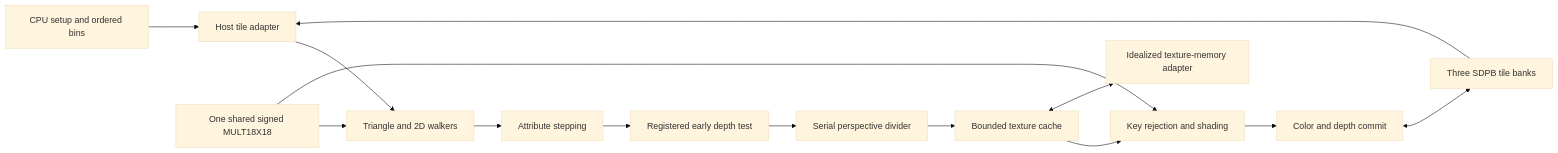
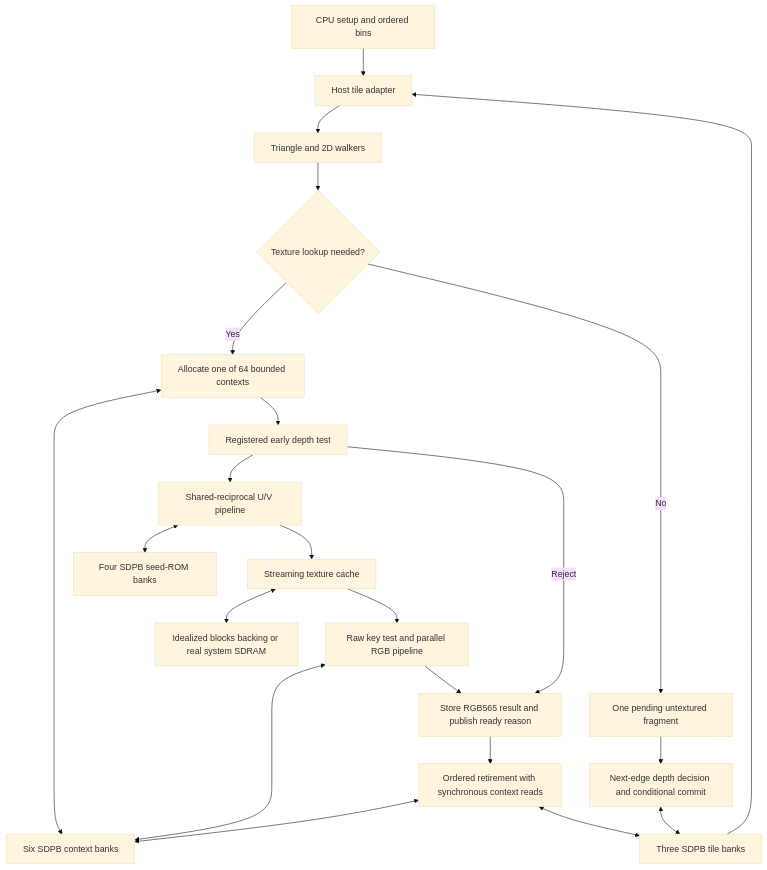
One commit to apc53pro/Nano-20K-GPU changed the diagram in docs/hardware/block-interfaces.md. Above: the diagram before and after it, drawn with Mermaid (base theme). The commit also changed other lines of this file and 61 other files, not shown here.

Commit message:
feat: pipeline textured fragments and qualify reciprocal RTL

````diff
--- a/docs/hardware/block-interfaces.md
+++ b/docs/hardware/block-interfaces.md
@@ -36,16 +36,24 @@
 ```mermaid
-flowchart LR
+flowchart TB
     CPU[CPU setup and ordered bins] --> ADAPTER[Host tile adapter]
     ADAPTER --> WALK[Triangle and 2D walkers]
-    WALK --> ATTR[Attribute stepping]
-    ATTR --> Z[Registered early depth test]
-    Z --> UV[Serial perspective divider]
-    UV --> TEX[Bounded texture cache]
-    TEX --> SHADE[Key rejection and shading]
-    SHADE --> COMMIT[Color and depth commit]
+    WALK --> NEED{Texture lookup needed?}
+    NEED -->|No| FAST[One pending untextured fragment]
+    FAST --> FASTCOMMIT[Next-edge depth decision and conditional commit]
+    NEED -->|Yes| CTX[Allocate one of 64 bounded contexts]
+    CTX --> Z[Registered early depth test]
+    Z --> UV[Shared-reciprocal U/V pipeline]
+    UV --> TEX[Streaming texture cache]
+    TEX --> SHADE[Raw key test and parallel RGB pipeline]
+    SHADE --> READY[Store RGB565 result and publish ready reason]
+    Z -->|Reject| READY
+    READY --> COMMIT[Ordered retirement with synchronous context reads]
     COMMIT <--> TILE[Three SDPB tile banks]
-    MULT[One shared signed MULT18X18] --> WALK
-    MULT --> SHADE
-    TEX <--> MEMORY[Idealized texture-memory adapter]
+    FASTCOMMIT <--> TILE
+    CTX <--> CONTEXT[Six SDPB context banks]
+    SHADE <--> CONTEXT
+    COMMIT <--> CONTEXT
+    UV <--> ROM[Four SDPB seed-ROM banks]
+    TEX <--> MEMORY[Idealized blocks backing or real system SDRAM]
     TILE --> ADAPTER
 ```
````
